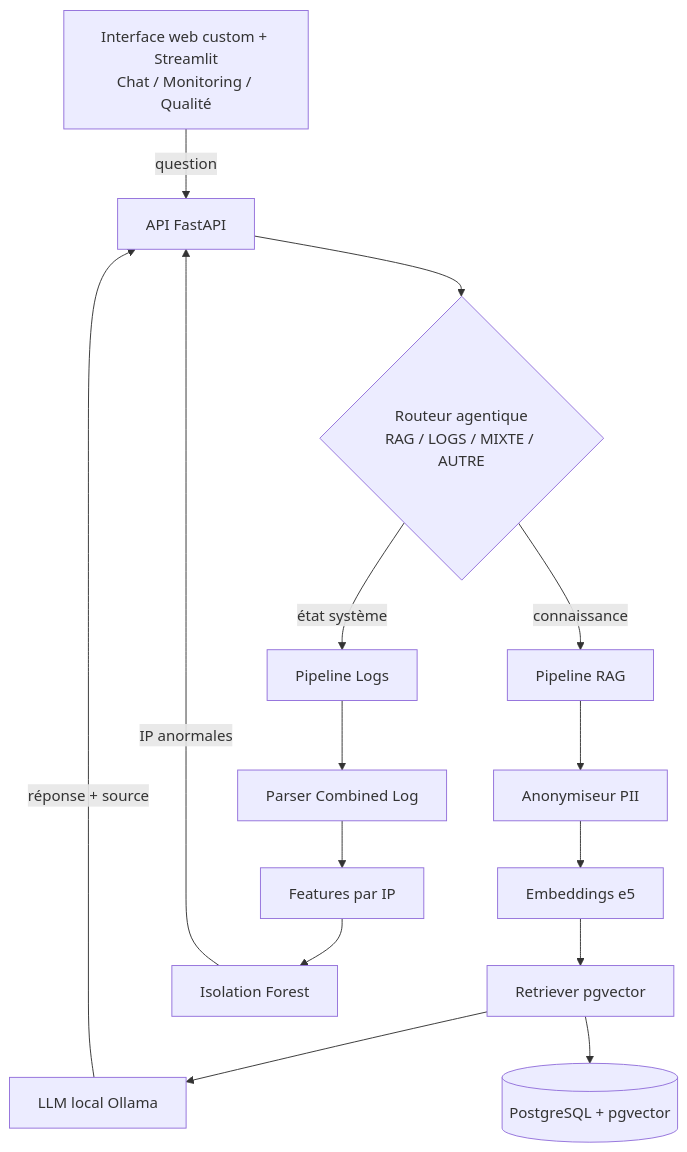
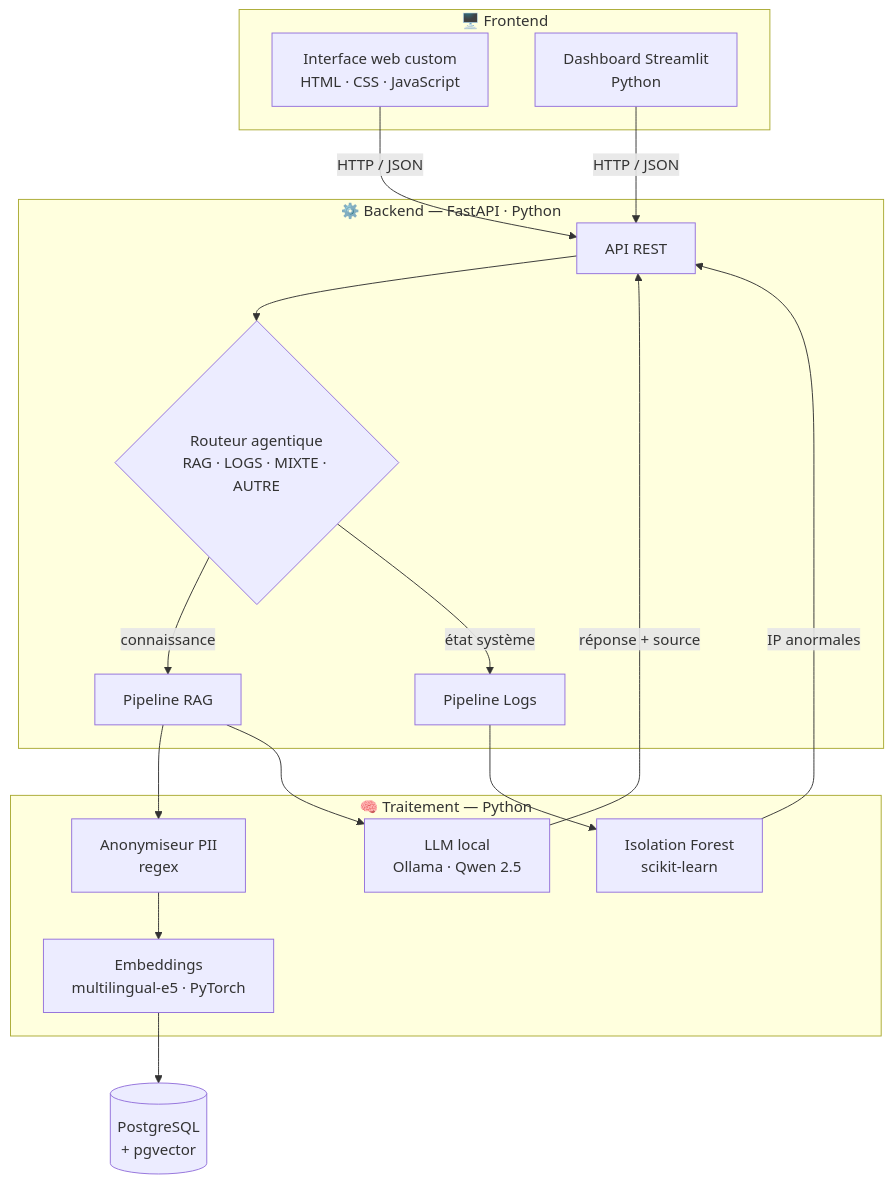
The diagram in README.md (AbderKay/vala-bleu-ops-copilot), drawn with Mermaid before and after one commit. The commit also changed 1 other file, not shown here.

Commit message:
docs: architecture diagram with real tech stack per layer

````diff
--- a/README.md
+++ b/README.md
@@ -49,15 +49,34 @@
 ```mermaid
 flowchart TB
-    UI[Interface web custom + Streamlit<br/>Chat / Monitoring / Qualité] -->|question| API[API FastAPI]
-    API --> Router{Routeur agentique<br/>RAG / LOGS / MIXTE / AUTRE}
+    subgraph FE["🖥️ Frontend"]
+        UI["Interface web custom<br/>HTML · CSS · JavaScript"]
+        ST["Dashboard Streamlit<br/>Python"]
+    end
 
-    Router -->|connaissance| RAG[Pipeline RAG]
-    Router -->|état système| LOGS[Pipeline Logs]
+    subgraph BE["⚙️ Backend — FastAPI · Python"]
+        API["API REST"]
+        Router{"Routeur agentique<br/>RAG · LOGS · MIXTE · AUTRE"}
+        RAG["Pipeline RAG"]
+        LOGS["Pipeline Logs"]
+    end
 
-    RAG --> Anon[Anonymiseur PII] --> Embed[Embeddings e5] --> Retr[Retriever pgvector] --> LLM[LLM local Ollama]
-    LOGS --> Parse[Parser Combined Log] --> Feat[Features par IP] --> IF[Isolation Forest]
+    subgraph MLP["🧠 Traitement — Python"]
+        Anon["Anonymiseur PII<br/>regex"]
+        Embed["Embeddings<br/>multilingual-e5 · PyTorch"]
+        IFo["Isolation Forest<br/>scikit-learn"]
+        LLM["LLM local<br/>Ollama · Qwen 2.5"]
+    end
 
-    Retr --> DB[(PostgreSQL + pgvector)]
+    DB[("PostgreSQL<br/>+ pgvector")]
+
+    UI -->|HTTP / JSON| API
+    ST -->|HTTP / JSON| API
+    API --> Router
+    Router -->|connaissance| RAG
+    Router -->|état système| LOGS
+    RAG --> Anon --> Embed --> DB
+    RAG --> LLM
+    LOGS --> IFo
     LLM -->|réponse + source| API
-    IF -->|IP anormales| API
+    IFo -->|IP anormales| API
 ```
````
